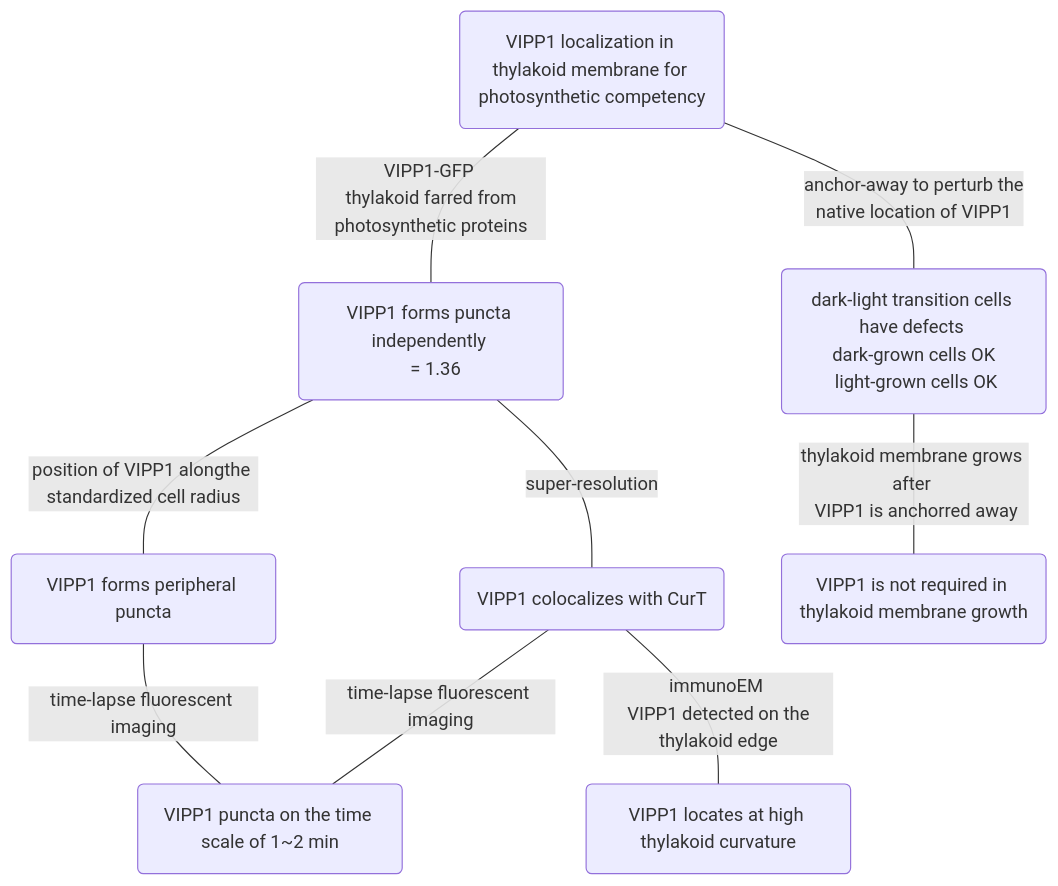
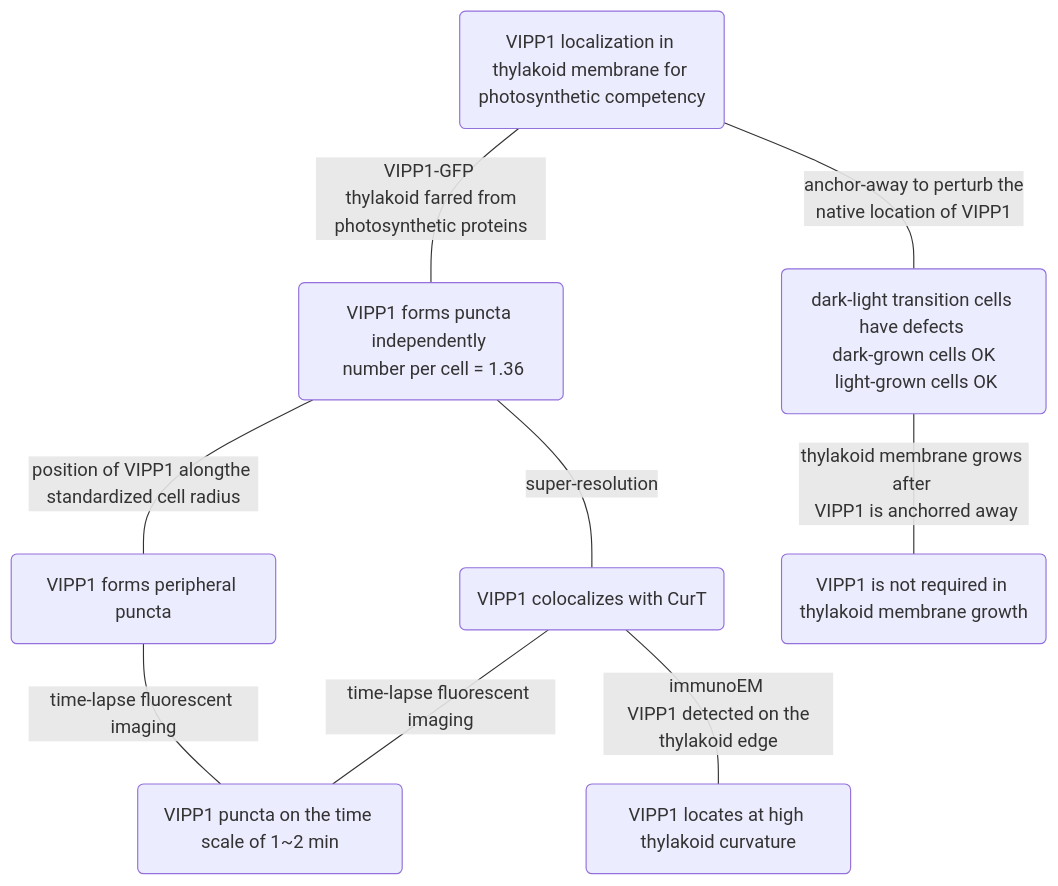
Before and after one commit to psichen/psichen.github.io: diagram 11 of 11 in source/resources/mindmap/VIPP1.md, drawn with Mermaid.

````diff
--- a/source/resources/mindmap/VIPP1.md
+++ b/source/resources/mindmap/VIPP1.md
@@ -377,24 +377,24 @@
 ```mermaid
 flowchart TB
 
 %% OBJECTS==================================================
 theme(VIPP1 localization in thylakoid membrane for photosynthetic competency)
-puncta("VIPP1 forms puncta independently \n <number per cell> = 1.36")
+puncta("VIPP1 forms puncta independently \n number per cell = 1.36")
 peripheral(VIPP1 forms peripheral puncta)
 colocalization(VIPP1 colocalizes with CurT)
 curvature(VIPP1 locates at high thylakoid curvature)
 time("VIPP1 puncta on the time scale of 1~2 min")
 transition(dark-light transition cells have defects \n dark-grown cells OK \n light-grown cells OK)
 thylakoid_membrane(VIPP1 is not required in thylakoid membrane growth)
 
 %% RELATIONS==================================================
 theme --- |VIPP1-GFP \n thylakoid farred from photosynthetic proteins| puncta
 puncta --- |position of VIPP1 alongthe standardized cell radius| peripheral
 puncta --- |super-resolution| colocalization
 colocalization --- |immunoEM \n VIPP1 detected on the thylakoid edge| curvature
 peripheral --- |time-lapse fluorescent imaging| time
 colocalization --- |time-lapse fluorescent imaging| time
 
 theme --- |anchor-away to perturb the \n native location of VIPP1| transition
 transition --- |thylakoid membrane grows after \n VIPP1 is anchorred away| thylakoid_membrane
 ```
````
